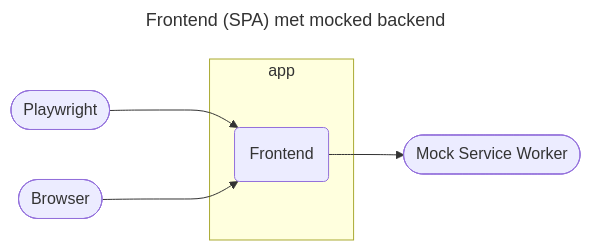
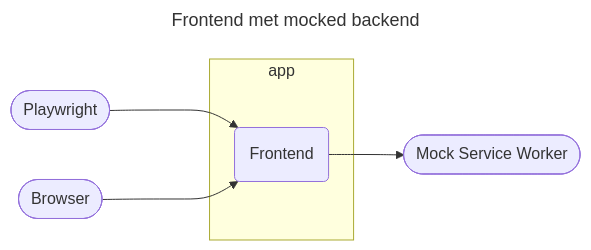
One commit to kiesraad/abacus changed the fourth of 6 diagrams in documentatie/ontwikkelproces/testsoorten-en-testtooling.md. Above: the diagram before and after it, drawn with Mermaid. The commit also changed other lines of this file, not shown here.

````diff
--- a/documentatie/ontwikkelproces/testsoorten-en-testtooling.md
+++ b/documentatie/ontwikkelproces/testsoorten-en-testtooling.md
@@ -73,20 +73,20 @@
 ```mermaid
 ---
-title: Frontend (SPA) met mocked backend
+title: Frontend met mocked backend
 ---
 flowchart LR
     fe(Frontend)
 
     playwright([Playwright])
     browser([Browser])
     msw([Mock Service Worker])
 
     playwright ---> fe
     browser ---> fe
 
     subgraph app
         fe
     end
 
     fe --> msw
 ```
````
